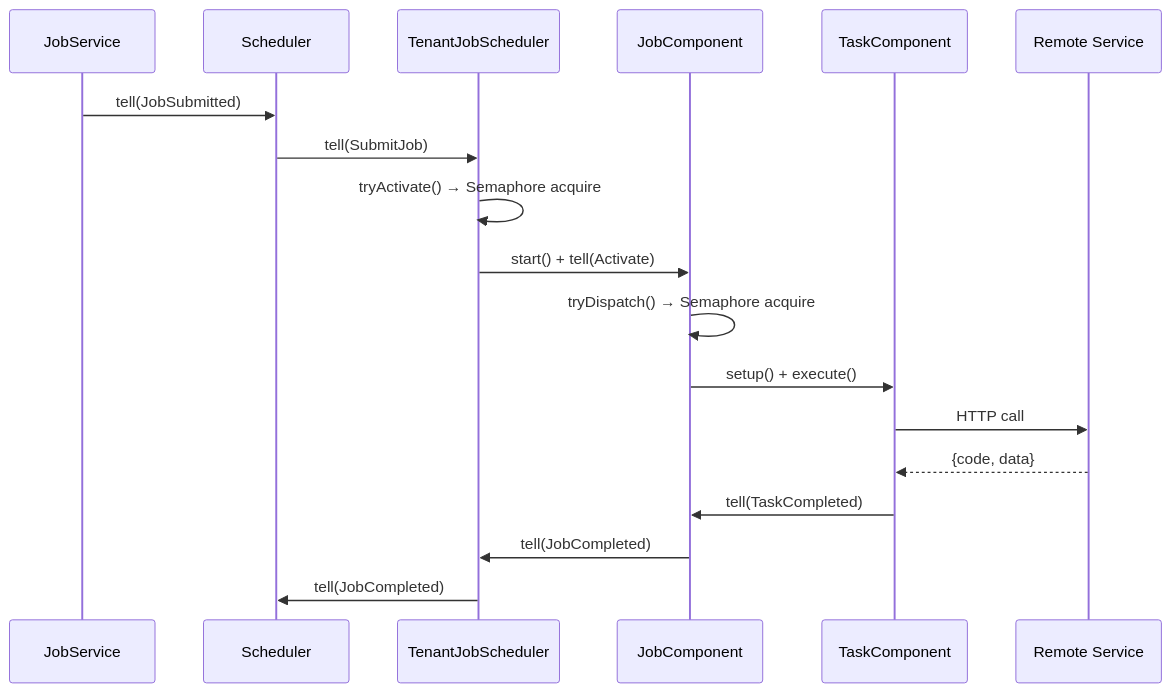
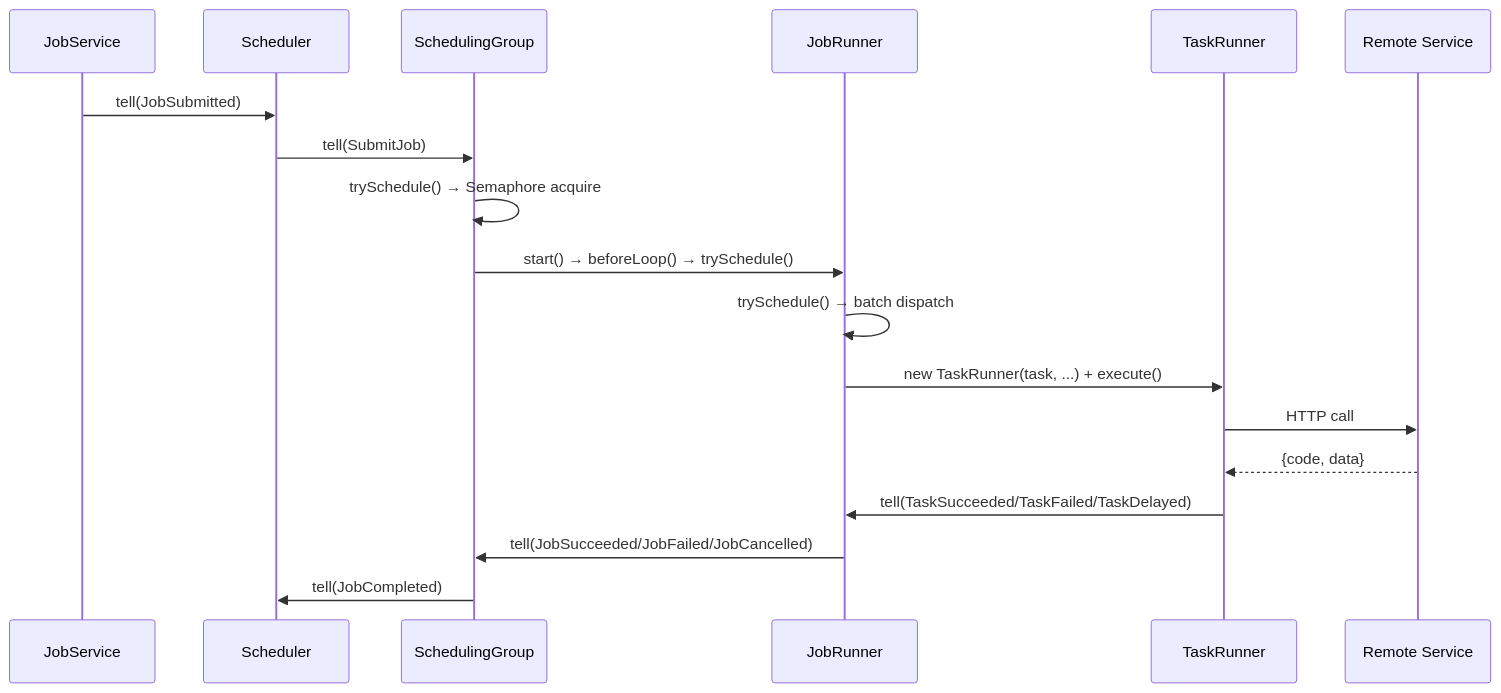
The diagram in docs/scheduler-engine.md (ravenmk3/fizz), drawn with Mermaid before and after one commit. The commit also changed other lines of this file and 84 other files, not shown here.

````diff
--- a/docs/scheduler-engine.md
+++ b/docs/scheduler-engine.md
@@ -189,21 +243,21 @@
 ```mermaid
 sequenceDiagram
     participant API as JobService
     participant S as Scheduler
-    participant T as TenantJobScheduler
-    participant J as JobComponent
-    participant TC as TaskComponent
+    participant SG as SchedulingGroup
+    participant JR as JobRunner
+    participant TR as TaskRunner
     participant R as Remote Service
 
     API->>S: tell(JobSubmitted)
-    S->>T: tell(SubmitJob)
-    T->>T: tryActivate() → Semaphore acquire
-    T->>J: start() + tell(Activate)
-    J->>J: tryDispatch() → Semaphore acquire
-    J->>TC: setup() + execute()
-    TC->>R: HTTP call
-    R-->>TC: {code, data}
-    TC->>J: tell(TaskCompleted)
-    J->>T: tell(JobCompleted)
-    T->>S: tell(JobCompleted)
+    S->>SG: tell(SubmitJob)
+    SG->>SG: trySchedule() → Semaphore acquire
+    SG->>JR: start() → beforeLoop() → trySchedule()
+    JR->>JR: trySchedule() → batch dispatch
+    JR->>TR: new TaskRunner(task, ...) + execute()
+    TR->>R: HTTP call
+    R-->>TR: {code, data}
+    TR->>JR: tell(TaskSucceeded/TaskFailed/TaskDelayed)
+    JR->>SG: tell(JobSucceeded/JobFailed/JobCancelled)
+    SG->>S: tell(JobCompleted)
 ```
````
